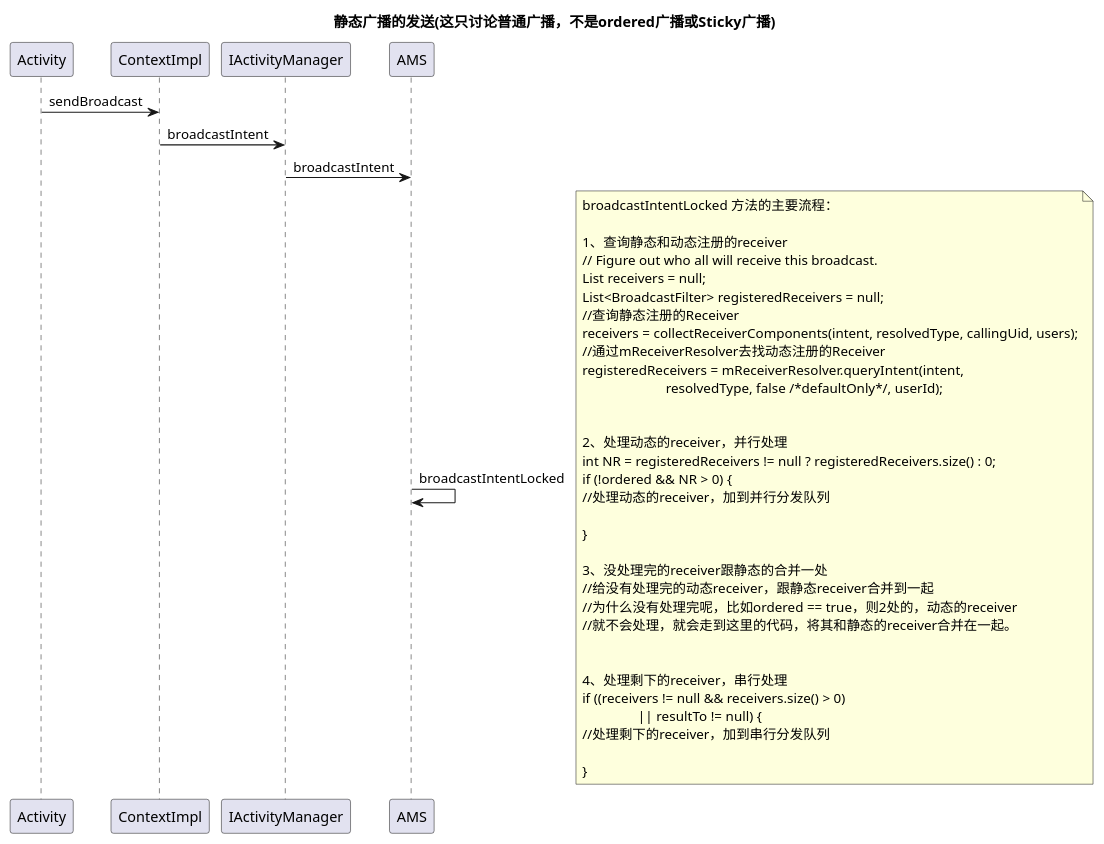
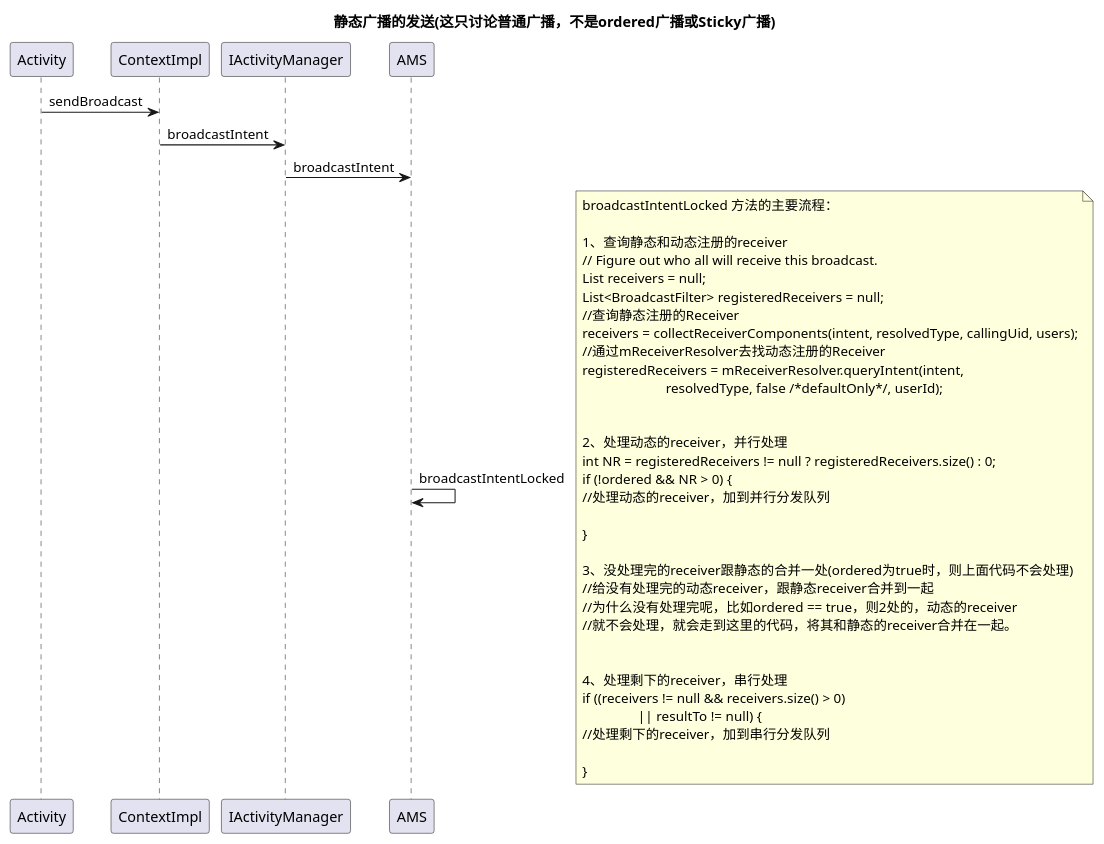
The diagram in Android_framework_sequences/广播_静态广播_02_发送.puml (KentTJ/ImoocRxJavaStudy), drawn with PlantUML before and after one commit.

Commit message:
静态广播。

```diff
--- a/Android_framework_sequences/广播_静态广播_02_发送.puml
+++ b/Android_framework_sequences/广播_静态广播_02_发送.puml
@@ -1,48 +1,48 @@
 @startuml
 title 静态广播的发送(这只讨论普通广播，不是ordered广播或Sticky广播)
 
 Activity -> ContextImpl : sendBroadcast
 
 ContextImpl -> IActivityManager : broadcastIntent
 
 IActivityManager -> AMS : broadcastIntent
 
 AMS -> AMS : broadcastIntentLocked
 note right
 broadcastIntentLocked 方法的主要流程：
 
 1、查询静态和动态注册的receiver
 // Figure out who all will receive this broadcast.
 List receivers = null;
 List<BroadcastFilter> registeredReceivers = null;
 //查询静态注册的Receiver
 receivers = collectReceiverComponents(intent, resolvedType, callingUid, users);
 //通过mReceiverResolver去找动态注册的Receiver
 registeredReceivers = mReceiverResolver.queryIntent(intent,
                         resolvedType, false /*defaultOnly*/, userId);
 
 
 2、处理动态的receiver，并行处理
 int NR = registeredReceivers != null ? registeredReceivers.size() : 0;
 if (!ordered && NR > 0) {
 //处理动态的receiver，加到并行分发队列
 
 }
 
-3、没处理完的receiver跟静态的合并一处
+3、没处理完的receiver跟静态的合并一处(ordered为true时，则上面代码不会处理)
 //给没有处理完的动态receiver，跟静态receiver合并到一起
 //为什么没有处理完呢，比如ordered == true，则2处的，动态的receiver
 //就不会处理，就会走到这里的代码，将其和静态的receiver合并在一起。
 
 
 4、处理剩下的receiver，串行处理
 if ((receivers != null && receivers.size() > 0)
                 || resultTo != null) {
 //处理剩下的receiver，加到串行分发队列
 
 }
 end note
 
 
 
 @enduml
```
